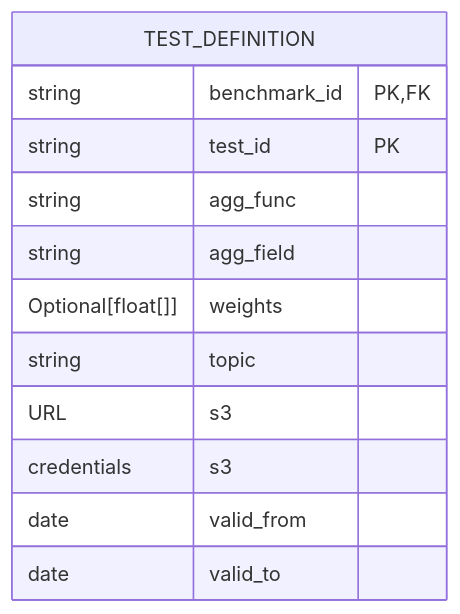
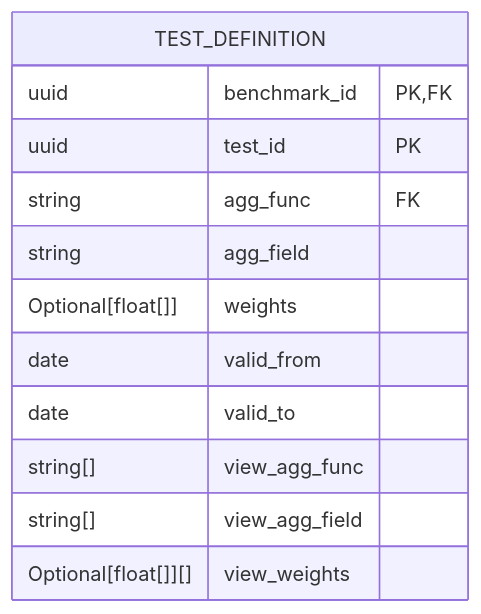
Before and after one commit to flatland-association/flatland-benchmarks: the fourth of 14 diagrams in docs/ARCHITECTURE.md, drawn with Mermaid. The commit also changed other lines of this file, not shown here.

Commit message:
Use uuid for IDs.

````diff
--- a/docs/ARCHITECTURE.md
+++ b/docs/ARCHITECTURE.md
@@ -592,15 +591,15 @@
 ```mermaid
 erDiagram
   TEST_DEFINITION {
-    string benchmark_id PK, FK
-    string test_id PK
-    string agg_func
+    uuid benchmark_id PK, FK
+    uuid test_id PK
+    string agg_func FK
     string agg_field
     Optional[float[]] weights
-    string topic
-    URL s3
-    credentials s3
     date valid_from
     date valid_to
+    string[] view_agg_func
+    string[] view_agg_field
+    Optional[float[]][] view_weights
   }
 ```
````
